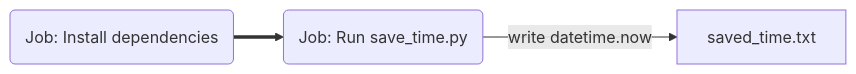
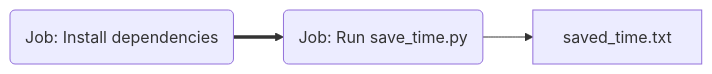
Before and after one commit to r-leyshon/blogging: the first of 4 diagrams in blogs/07-schedule-deploy-shinyapps.qmd, drawn with Mermaid. The commit also changed other lines of this file and 6 other files, not shown here.

Commit message:
refactor: Styling mermaid chart content

````diff
--- a/blogs/07-schedule-deploy-shinyapps.qmd
+++ b/blogs/07-schedule-deploy-shinyapps.qmd
@@ -89,7 +89,7 @@
 ```{mermaid}
 flowchart LR
     B(Job: Install dependencies)
     B ==> C(Job: Run save_time.py)
-    C -->|write datetime.now| D[saved_time.txt]
+    C --> D[saved_time.txt]
  
-```
+```  
````
